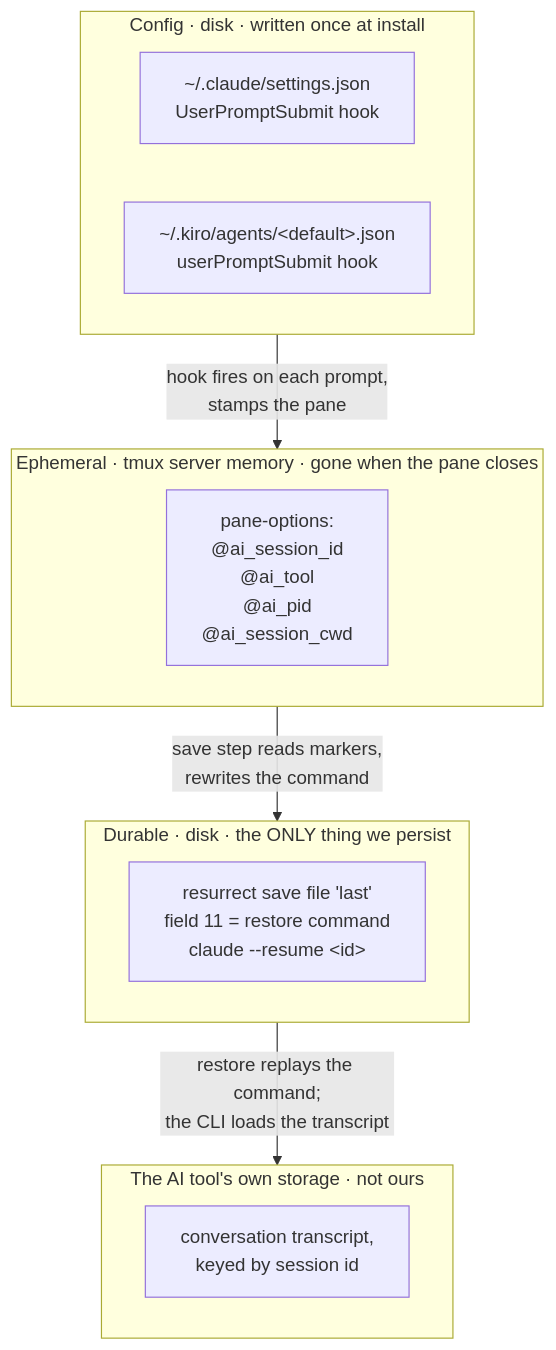
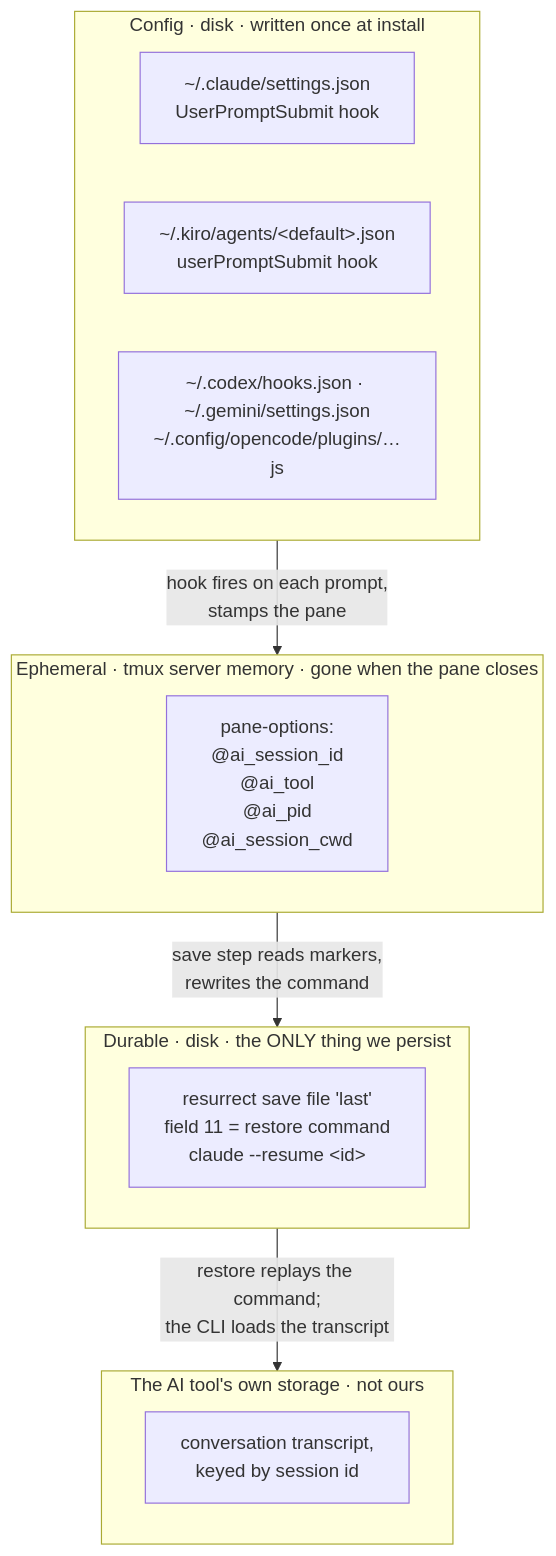
Before and after one commit to harnessed-ai/tmux-ai-sessions-restore: the third of 3 diagrams in README.md, drawn with Mermaid. The commit also changed other lines of this file and 7 other files, not shown here.

````diff
--- a/README.md
+++ b/README.md
@@ -248,19 +267,20 @@
 ```mermaid
 flowchart TB
     subgraph cfg["Config · disk · written once at install"]
         c1["~/.claude/settings.json<br/>UserPromptSubmit hook"]
         c2["~/.kiro/agents/&lt;default&gt;.json<br/>userPromptSubmit hook"]
+        c3["~/.codex/hooks.json · ~/.gemini/settings.json<br/>~/.config/opencode/plugins/…js"]
     end
     subgraph eph["Ephemeral · tmux server memory · gone when the pane closes"]
         e1["pane-options:<br/>@ai_session_id<br/>@ai_tool<br/>@ai_pid<br/>@ai_session_cwd"]
     end
     subgraph dur["Durable · disk · the ONLY thing we persist"]
         d1["resurrect save file 'last'<br/>field 11 = restore command<br/>claude --resume &lt;id&gt;"]
     end
     subgraph ext["The AI tool's own storage · not ours"]
         x1["conversation transcript,<br/>keyed by session id"]
     end
     cfg -->|"hook fires on each prompt,<br/>stamps the pane"| eph
     eph -->|"save step reads markers,<br/>rewrites the command"| dur
     dur -->|"restore replays the command;<br/>the CLI loads the transcript"| ext
 ```
````
